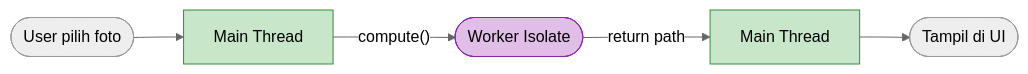
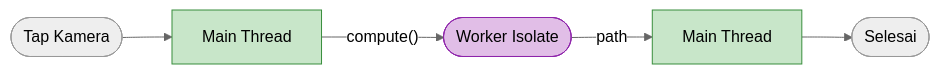
One commit to nunutech40/news-app-flutter changed the third of 4 diagrams in docs/features/update_profile.md. Above: the diagram before and after it, drawn with Mermaid (neutral theme). The commit also changed other lines of this file, not shown here.

Commit message:
fix: use single-word node labels in flowchart + move tech details to legend table

````diff
--- a/docs/features/update_profile.md
+++ b/docs/features/update_profile.md
@@ -125,11 +125,11 @@
 ```mermaid
 flowchart LR
-    A([User pilih foto]) --> B[Main Thread]
+    A([Tap Kamera]) --> B[Main Thread]
     B -- "compute()" --> C([Worker Isolate])
-    C -- "return path" --> D[Main Thread]
-    D --> E([Tampil di UI])
+    C -- "path" --> D[Main Thread]
+    D --> E([Selesai])
 
     style B fill:#c8e6c9,stroke:#388e3c,color:#000
     style C fill:#e1bee7,stroke:#8e24aa,color:#000
     style D fill:#c8e6c9,stroke:#388e3c,color:#000
 ```
````
